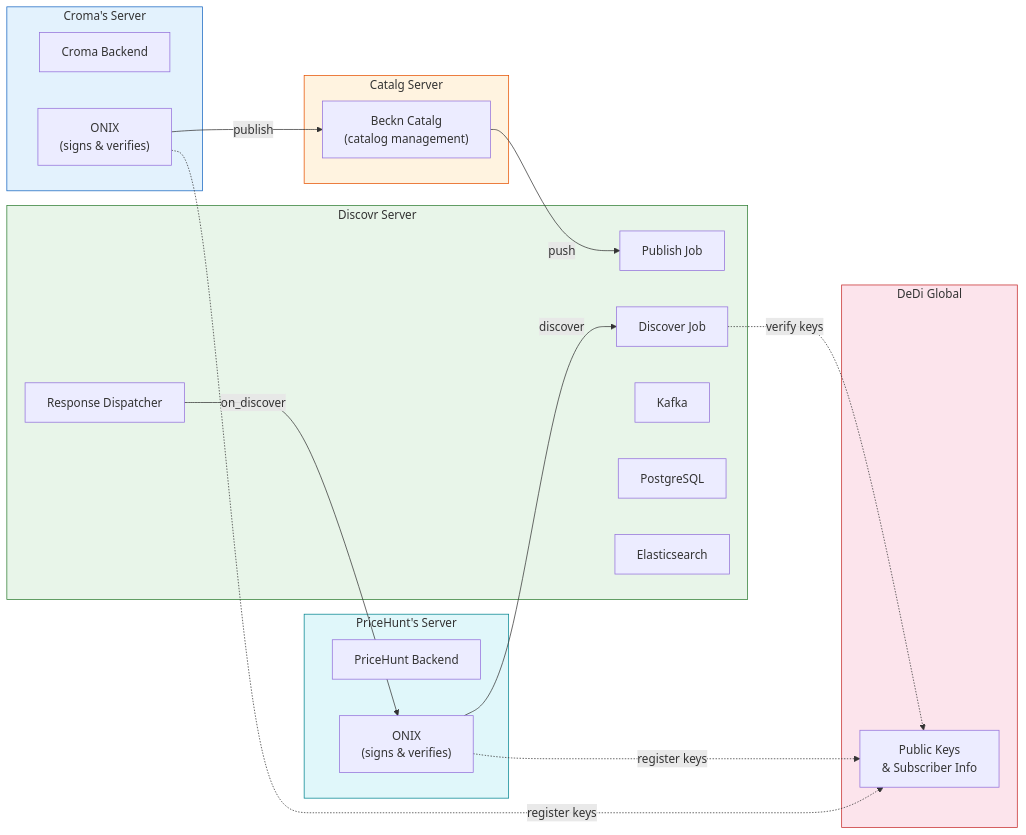
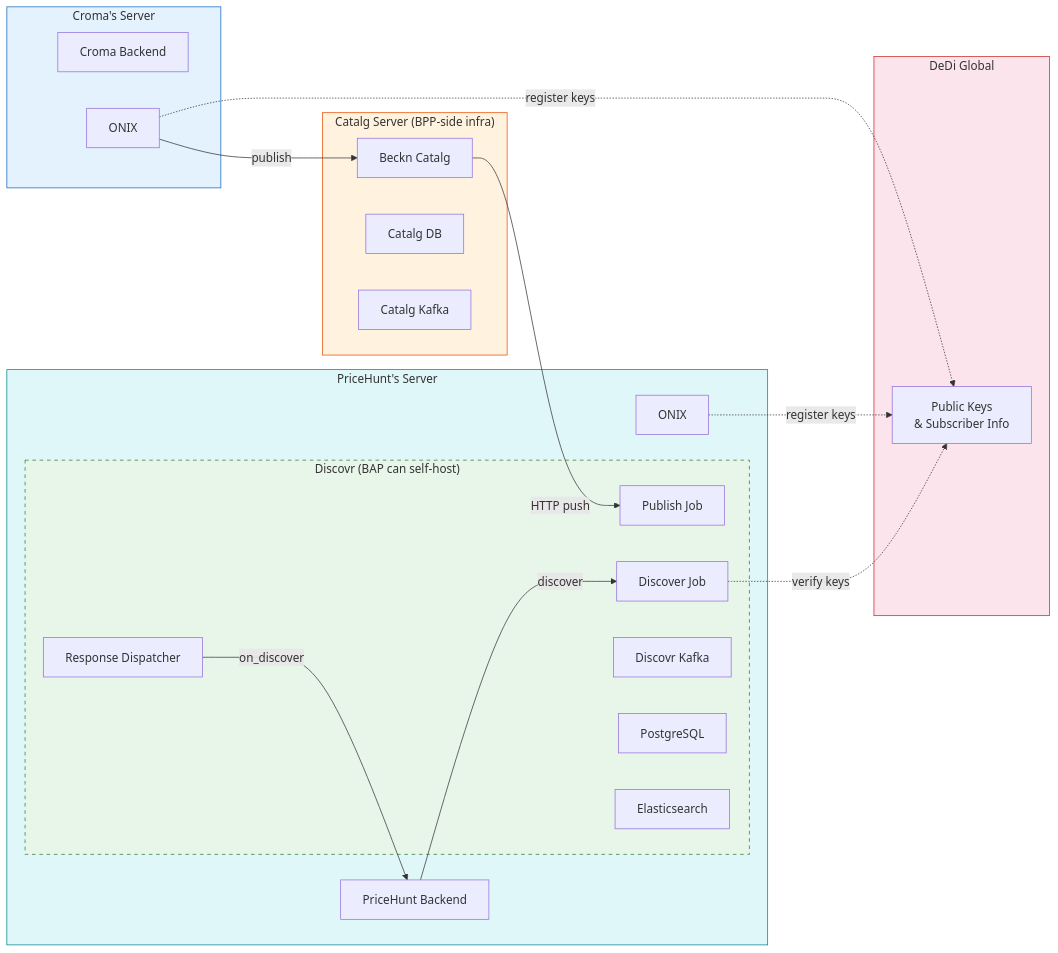
Before and after one commit to beckn/beckn-discovr: the sixth of 6 diagrams in docs/catalog-discover-architecture.md, drawn with Mermaid. The commit also changed other lines of this file, not shown here.

First line of the commit message:
docs: separate Catalg and Discovr infra in architecture diagrams

````diff
--- a/docs/catalog-discover-architecture.md
+++ b/docs/catalog-discover-architecture.md
@@ -314,44 +326,46 @@
 ```mermaid
 flowchart LR
     subgraph BPP_SERVER["Croma's Server"]
         BPP_APP["Croma Backend"]
-        BPP_ONIX["ONIX<br/>(signs & verifies)"]
+        BPP_ONIX["ONIX"]
     end
 
-    subgraph CATALG_SERVER["Catalg Server"]
-        CATALG["Beckn Catalg<br/>(catalog management)"]
-    end
-
-    subgraph DISCOVR_SERVER["Discovr Server"]
-        PUB["Publish Job"]
-        DISC["Discover Job"]
-        DISP["Response Dispatcher"]
-        KF["Kafka"]
-        PG["PostgreSQL"]
-        ES["Elasticsearch"]
+    subgraph CATALG_SERVER["Catalg Server (BPP-side infra)"]
+        CATALG["Beckn Catalg"]
+        CATALG_DB["Catalg DB"]
+        CATALG_KF["Catalg Kafka"]
     end
 
     subgraph BAP_SERVER["PriceHunt's Server"]
         BAP_APP["PriceHunt Backend"]
-        BAP_ONIX["ONIX<br/>(signs & verifies)"]
+        BAP_ONIX["ONIX"]
+
+        subgraph DISCOVR_SERVER["Discovr (BAP can self-host)"]
+            PUB["Publish Job"]
+            DISC["Discover Job"]
+            DISP["Response Dispatcher"]
+            KF["Discovr Kafka"]
+            PG["PostgreSQL"]
+            ES["Elasticsearch"]
+        end
     end
 
     subgraph TRUST["DeDi Global"]
         REGISTRY["Public Keys<br/>& Subscriber Info"]
     end
 
     BPP_ONIX -->|"publish"| CATALG
-    CATALG -->|"push"| PUB
-    BAP_ONIX -->|"discover"| DISC
-    DISP -->|"on_discover"| BAP_ONIX
+    CATALG -->|"HTTP push"| PUB
+    BAP_APP -->|"discover"| DISC
+    DISP -->|"on_discover"| BAP_APP
 
     BPP_ONIX -.->|"register keys"| REGISTRY
     BAP_ONIX -.->|"register keys"| REGISTRY
     DISC -.->|"verify keys"| REGISTRY
 
     style BPP_SERVER fill:#e3f2fd,stroke:#1565c0
     style BAP_SERVER fill:#e0f7fa,stroke:#00838f
     style CATALG_SERVER fill:#fff3e0,stroke:#e65100
-    style DISCOVR_SERVER fill:#e8f5e9,stroke:#2e7d32
+    style DISCOVR_SERVER fill:#e8f5e9,stroke:#2e7d32,stroke-dasharray: 5 5
     style TRUST fill:#fce4ec,stroke:#c62828
 ```
````
